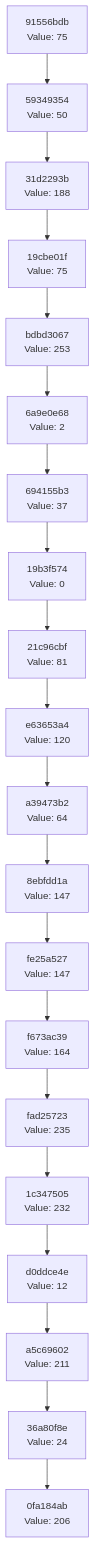
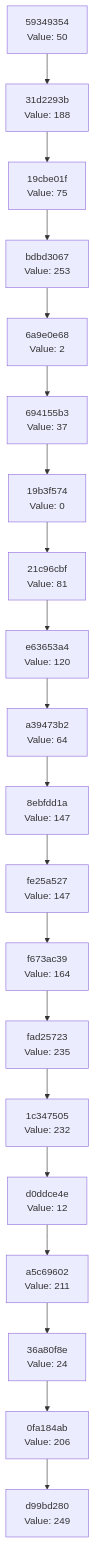
One commit to Abhisheksinha1506/hash-chain-evolver changed the diagram in docs/CHAIN_VISUALIZATION.md. Above: the diagram before and after it, drawn with Mermaid. The commit also changed 2 other files, not shown here.

Commit message:
Evolution Step

````diff
--- a/docs/CHAIN_VISUALIZATION.md
+++ b/docs/CHAIN_VISUALIZATION.md
@@ -3,42 +3,42 @@
 ```mermaid
 graph TD
-    C0["0fa184ab<br/>Value: 206"]
-    C1["36a80f8e<br/>Value: 24"]
+    C0["d99bd280<br/>Value: 249"]
+    C1["0fa184ab<br/>Value: 206"]
     C1 --> C0
-    C2["a5c69602<br/>Value: 211"]
+    C2["36a80f8e<br/>Value: 24"]
     C2 --> C1
-    C3["d0ddce4e<br/>Value: 12"]
+    C3["a5c69602<br/>Value: 211"]
     C3 --> C2
-    C4["1c347505<br/>Value: 232"]
+    C4["d0ddce4e<br/>Value: 12"]
     C4 --> C3
-    C5["fad25723<br/>Value: 235"]
+    C5["1c347505<br/>Value: 232"]
     C5 --> C4
-    C6["f673ac39<br/>Value: 164"]
+    C6["fad25723<br/>Value: 235"]
     C6 --> C5
-    C7["fe25a527<br/>Value: 147"]
+    C7["f673ac39<br/>Value: 164"]
     C7 --> C6
-    C8["8ebfdd1a<br/>Value: 147"]
+    C8["fe25a527<br/>Value: 147"]
     C8 --> C7
-    C9["a39473b2<br/>Value: 64"]
+    C9["8ebfdd1a<br/>Value: 147"]
     C9 --> C8
-    C10["e63653a4<br/>Value: 120"]
+    C10["a39473b2<br/>Value: 64"]
     C10 --> C9
-    C11["21c96cbf<br/>Value: 81"]
+    C11["e63653a4<br/>Value: 120"]
     C11 --> C10
-    C12["19b3f574<br/>Value: 0"]
+    C12["21c96cbf<br/>Value: 81"]
     C12 --> C11
-    C13["694155b3<br/>Value: 37"]
+    C13["19b3f574<br/>Value: 0"]
     C13 --> C12
-    C14["6a9e0e68<br/>Value: 2"]
+    C14["694155b3<br/>Value: 37"]
     C14 --> C13
-    C15["bdbd3067<br/>Value: 253"]
+    C15["6a9e0e68<br/>Value: 2"]
     C15 --> C14
-    C16["19cbe01f<br/>Value: 75"]
+    C16["bdbd3067<br/>Value: 253"]
     C16 --> C15
-    C17["31d2293b<br/>Value: 188"]
+    C17["19cbe01f<br/>Value: 75"]
     C17 --> C16
-    C18["59349354<br/>Value: 50"]
+    C18["31d2293b<br/>Value: 188"]
     C18 --> C17
-    C19["91556bdb<br/>Value: 75"]
+    C19["59349354<br/>Value: 50"]
     C19 --> C18
 ```
````
